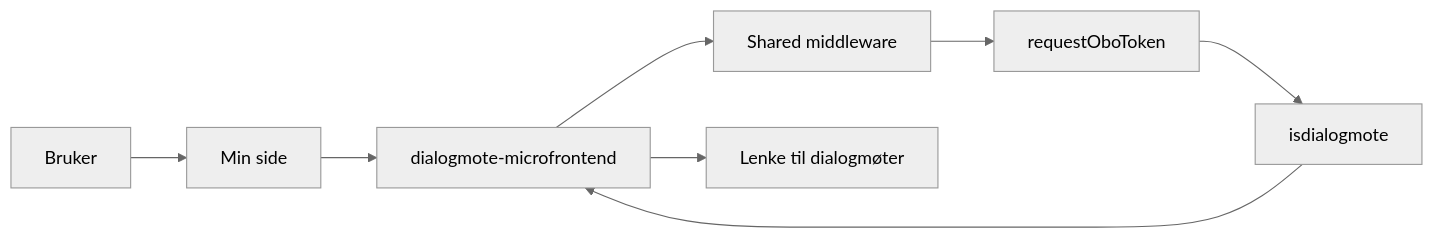
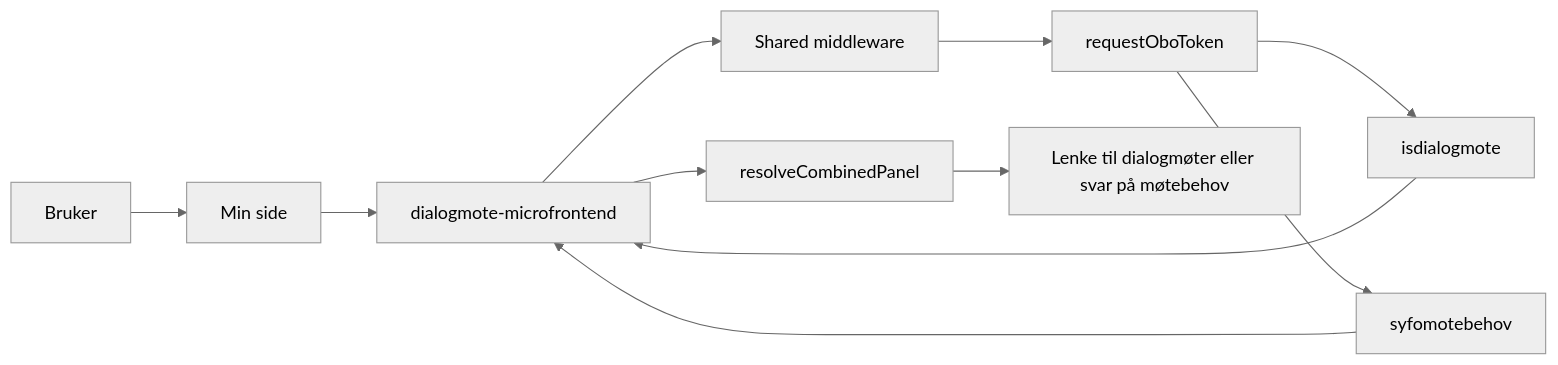
Before and after one commit to navikt/esyfo-microfrontends: the diagram in docs/architecture-dialogmote.md, drawn with Mermaid (neutral theme). The commit also changed other lines of this file and 4 other files, not shown here.

````diff
--- a/docs/architecture-dialogmote.md
+++ b/docs/architecture-dialogmote.md
@@ -7,10 +7,13 @@
 ```mermaid
 flowchart LR
   U[Bruker] --> M[Min side]
   M --> D[dialogmote-microfrontend]
   D --> MW[Shared middleware]
   MW --> OBO[requestOboToken]
-  OBO --> API[isdialogmote]
-  API --> D
-  D --> L[Lenke til dialogmøter]
+  OBO --> IDM[isdialogmote]
+  OBO --> SMB[syfomotebehov]
+  IDM --> D
+  SMB --> D
+  D --> P[resolveCombinedPanel]
+  P --> L[Lenke til dialogmøter eller svar på møtebehov]
 ```
````
